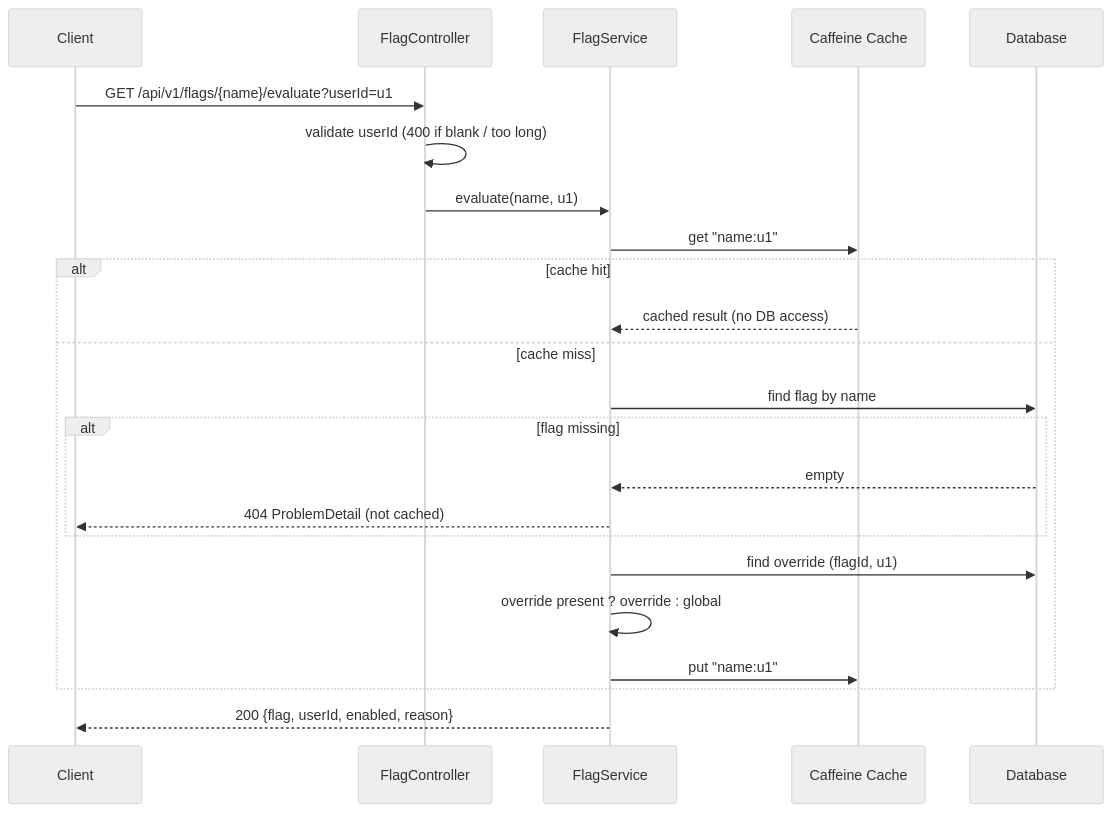
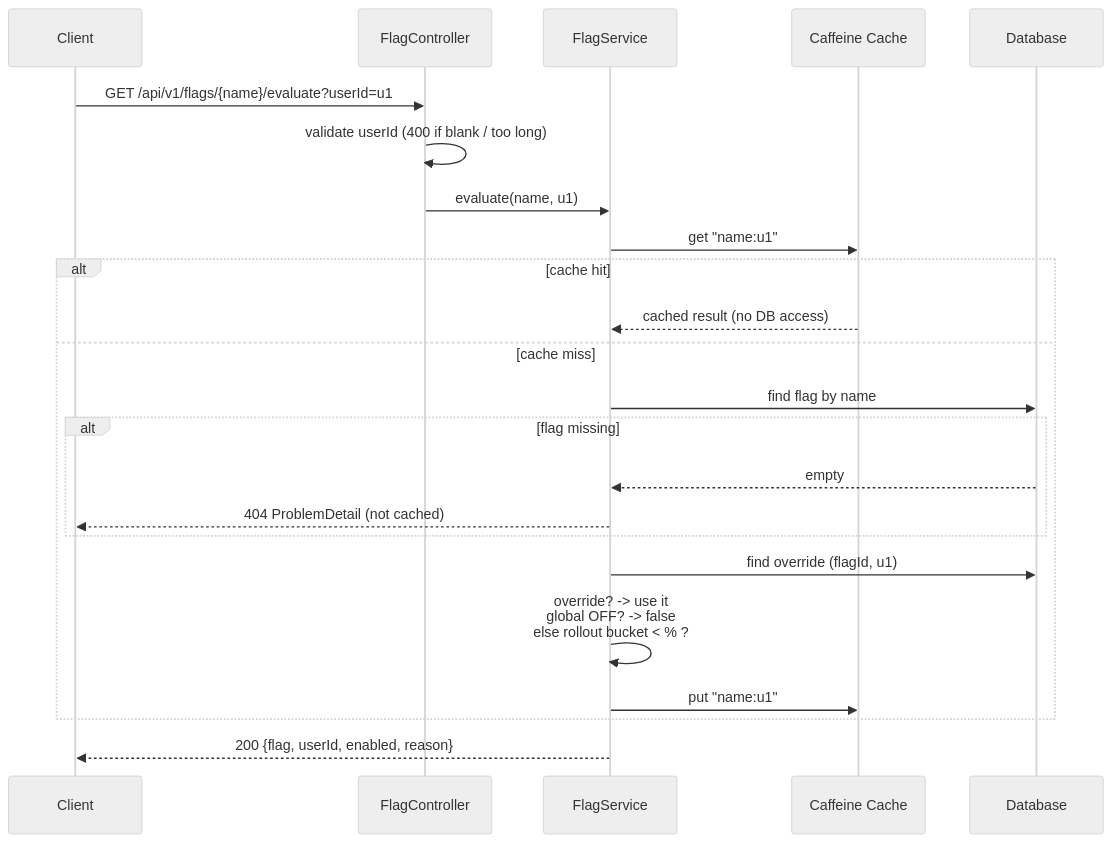
The second of 3 diagrams in docs/architecture.md (ayushimodi18/feature-flag-service), drawn with Mermaid (neutral theme) before and after one commit. The commit also changed other lines of this file and 8 other files, not shown here.

````diff
--- a/docs/architecture.md
+++ b/docs/architecture.md
@@ -20,26 +20,26 @@
 ```mermaid
 sequenceDiagram
     participant C as Client
     participant CT as FlagController
     participant S as FlagService
     participant K as Caffeine Cache
     participant DB as Database
 
     C->>CT: GET /api/v1/flags/{name}/evaluate?userId=u1
     CT->>CT: validate userId (400 if blank / too long)
     CT->>S: evaluate(name, u1)
     S->>K: get "name:u1"
     alt cache hit
         K-->>S: cached result (no DB access)
     else cache miss
         S->>DB: find flag by name
         alt flag missing
             DB-->>S: empty
             S-->>C: 404 ProblemDetail (not cached)
         end
         S->>DB: find override (flagId, u1)
-        S->>S: override present ? override : global
+        S->>S: override? -> use it<br/>global OFF? -> false<br/>else rollout bucket < % ?
         S->>K: put "name:u1"
     end
     S-->>C: 200 {flag, userId, enabled, reason}
 ```
````
